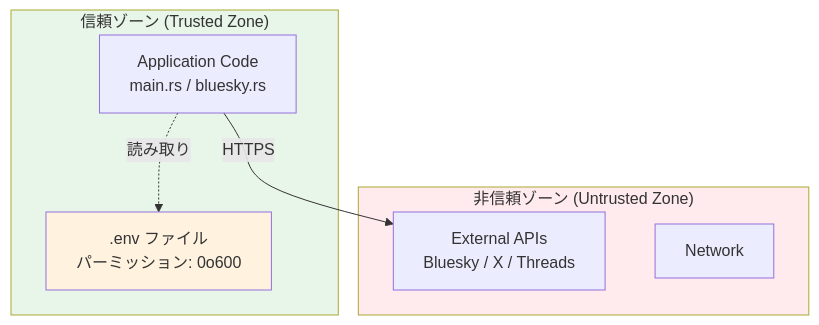
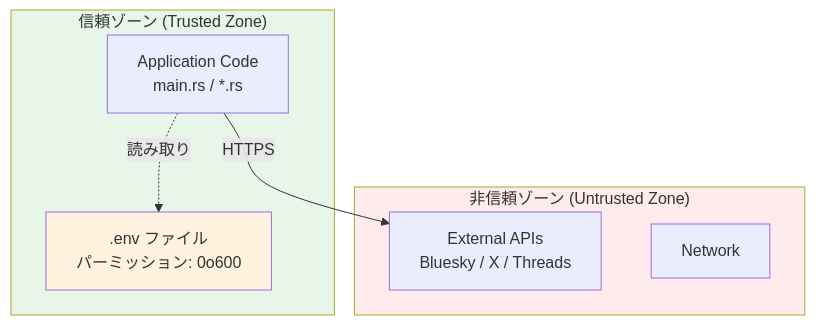
One commit to kskwtnk/social-cli changed the second of 2 diagrams in docs/architecture.md. Above: the diagram before and after it, drawn with Mermaid. The commit also changed other lines of this file and 5 other files, not shown here.

````diff
--- a/docs/architecture.md
+++ b/docs/architecture.md
@@ -958,19 +324,19 @@
 ```mermaid
 graph TB
     subgraph Trusted["信頼ゾーン (Trusted Zone)"]
-        App[Application Code<br/>main.rs / bluesky.rs]
+        App[Application Code<br/>main.rs / *.rs]
         Env[.env ファイル<br/>パーミッション: 0o600]
     end
 
     subgraph Untrusted["非信頼ゾーン (Untrusted Zone)"]
         API[External APIs<br/>Bluesky / X / Threads]
         Network[Network]
     end
 
     App -->|HTTPS| API
     App -.読み取り.-> Env
 
     style Trusted fill:#e8f5e9
     style Untrusted fill:#ffebee
     style Env fill:#fff3e0
 ```
````
